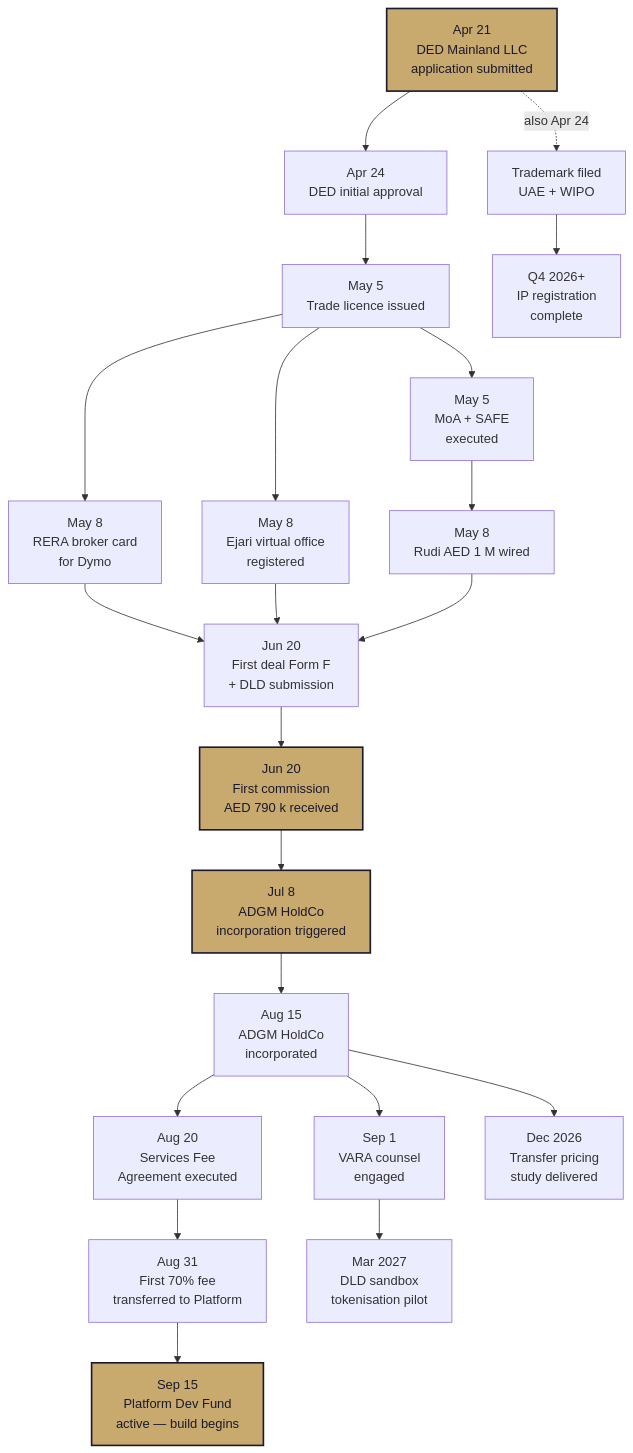
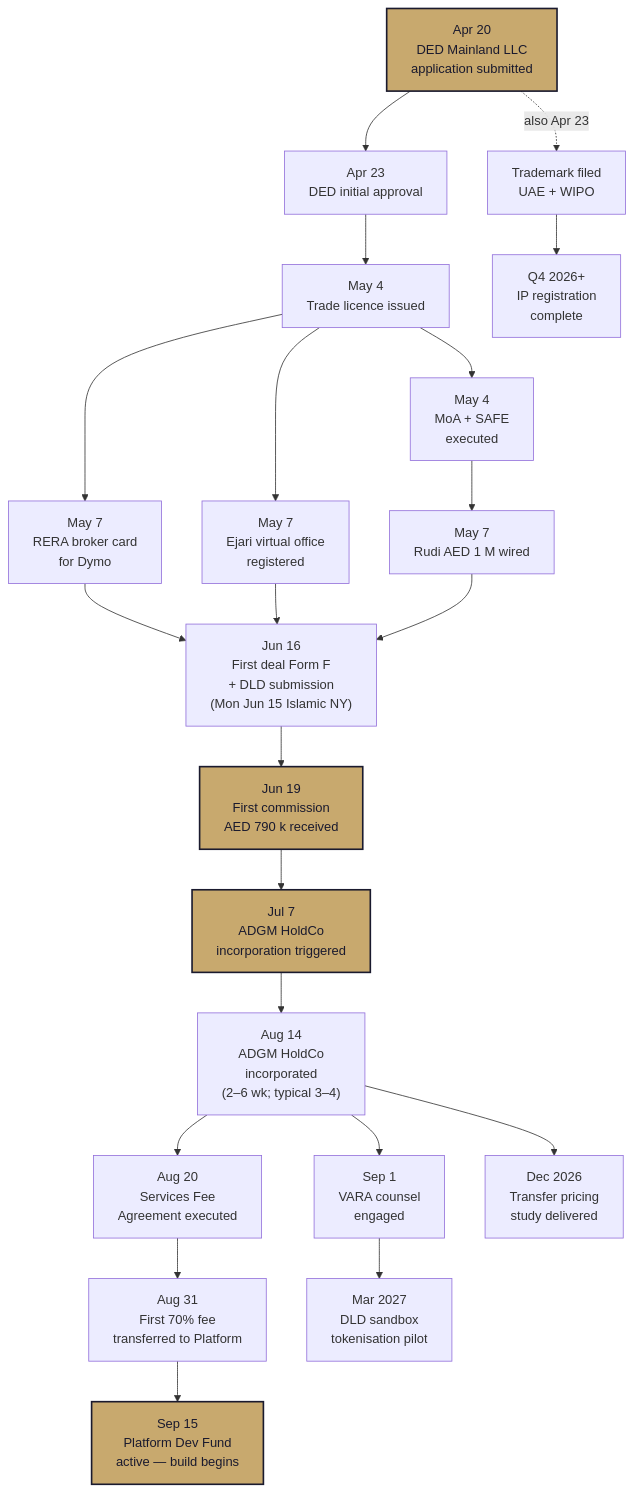
One commit to ZaahiPlots/Zaahi changed the first of 5 diagrams in docs/roadmap/DEPENDENCIES_MAP.md. Above: the diagram before and after it, drawn with Mermaid. The commit also changed other lines of this file and 8 other files, not shown here.

````diff
--- a/docs/roadmap/DEPENDENCIES_MAP.md
+++ b/docs/roadmap/DEPENDENCIES_MAP.md
@@ -31,27 +31,27 @@
 ```mermaid
 flowchart TD
-    A["Apr 21<br/>DED Mainland LLC<br/>application submitted"]:::critical
-    A --> B["Apr 24<br/>DED initial approval"]
-    B --> C["May 5<br/>Trade licence issued"]
-    C --> D["May 5<br/>MoA + SAFE<br/>executed"]
-    C --> E["May 8<br/>RERA broker card<br/>for Dymo"]
-    C --> F["May 8<br/>Ejari virtual office<br/>registered"]
-    D --> G["May 8<br/>Rudi AED 1 M wired"]
-    E --> H["Jun 20<br/>First deal Form F<br/>+ DLD submission"]
+    A["Apr 20<br/>DED Mainland LLC<br/>application submitted"]:::critical
+    A --> B["Apr 23<br/>DED initial approval"]
+    B --> C["May 4<br/>Trade licence issued"]
+    C --> D["May 4<br/>MoA + SAFE<br/>executed"]
+    C --> E["May 7<br/>RERA broker card<br/>for Dymo"]
+    C --> F["May 7<br/>Ejari virtual office<br/>registered"]
+    D --> G["May 7<br/>Rudi AED 1 M wired"]
+    E --> H["Jun 16<br/>First deal Form F<br/>+ DLD submission<br/>(Mon Jun 15 Islamic NY)"]
     F --> H
     G --> H
-    H --> I["Jun 20<br/>First commission<br/>AED 790 k received"]:::critical
-    I --> J["Jul 8<br/>ADGM HoldCo<br/>incorporation triggered"]:::critical
-    J --> K["Aug 15<br/>ADGM HoldCo<br/>incorporated"]
+    H --> I["Jun 19<br/>First commission<br/>AED 790 k received"]:::critical
+    I --> J["Jul 7<br/>ADGM HoldCo<br/>incorporation triggered"]:::critical
+    J --> K["Aug 14<br/>ADGM HoldCo<br/>incorporated<br/>(2–6 wk; typical 3–4)"]
     K --> L["Aug 20<br/>Services Fee<br/>Agreement executed"]
     L --> M["Aug 31<br/>First 70% fee<br/>transferred to Platform"]
     M --> N["Sep 15<br/>Platform Dev Fund<br/>active — build begins"]:::critical
     K --> O["Sep 1<br/>VARA counsel<br/>engaged"]
     O --> P["Mar 2027<br/>DLD sandbox<br/>tokenisation pilot"]
     K --> Q["Dec 2026<br/>Transfer pricing<br/>study delivered"]
 
-    A -.->|"also Apr 24"| T["Trademark filed<br/>UAE + WIPO"]
+    A -.->|"also Apr 23"| T["Trademark filed<br/>UAE + WIPO"]
     T --> U["Q4 2026+<br/>IP registration<br/>complete"]
 
     classDef critical fill:#C8A96E,stroke:#1A1A2E,stroke-width:2px,color:#1A1A2E
 ```
````
